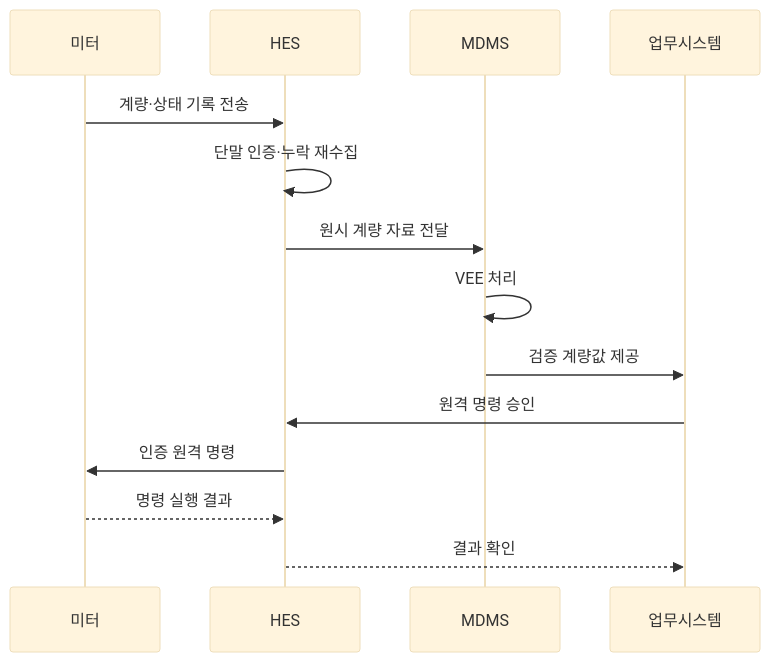
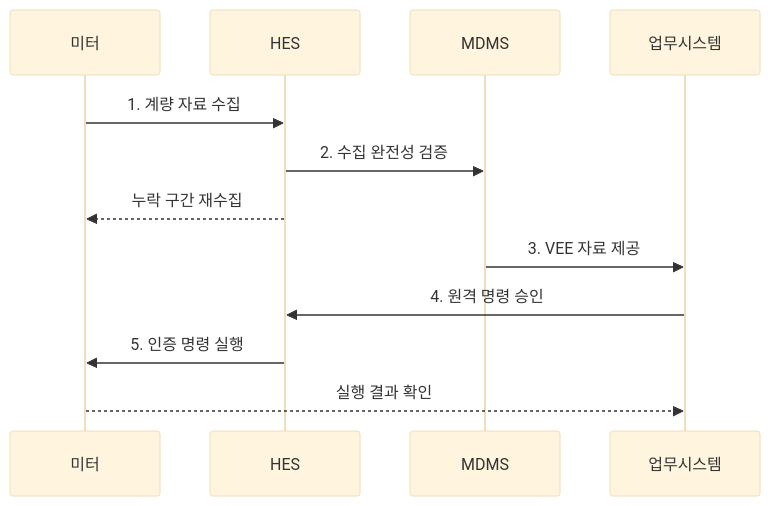
Before and after one commit to agnusdei1207/knowledge-base: the second of 2 diagrams in src/content/docs/notes/04-network/084_advanced_metering_infrastructure.md, drawn with Mermaid (base theme). The commit also changed other lines of this file and 11 other files, not shown here.

````diff
--- a/src/content/docs/notes/04-network/084_advanced_metering_infrastructure.md
+++ b/src/content/docs/notes/04-network/084_advanced_metering_infrastructure.md
@@ -80,16 +76,14 @@
 ```mermaid
 sequenceDiagram
     participant 미터
     participant HES
     participant MDMS
     participant 업무시스템
-    미터->>HES: 계량·상태 기록 전송
-    HES->>HES: 단말 인증·누락 재수집
-    HES->>MDMS: 원시 계량 자료 전달
-    MDMS->>MDMS: VEE 처리
-    MDMS->>업무시스템: 검증 계량값 제공
-    업무시스템->>HES: 원격 명령 승인
-    HES->>미터: 인증 원격 명령
-    미터-->>HES: 명령 실행 결과
-    HES-->>업무시스템: 결과 확인
+    미터->>HES: 1. 계량 자료 수집
+    HES->>MDMS: 2. 수집 완전성 검증
+    HES-->>미터: 누락 구간 재수집
+    MDMS->>업무시스템: 3. VEE 자료 제공
+    업무시스템->>HES: 4. 원격 명령 승인
+    HES->>미터: 5. 인증 명령 실행
+    미터-->>업무시스템: 실행 결과 확인
 ```
````
